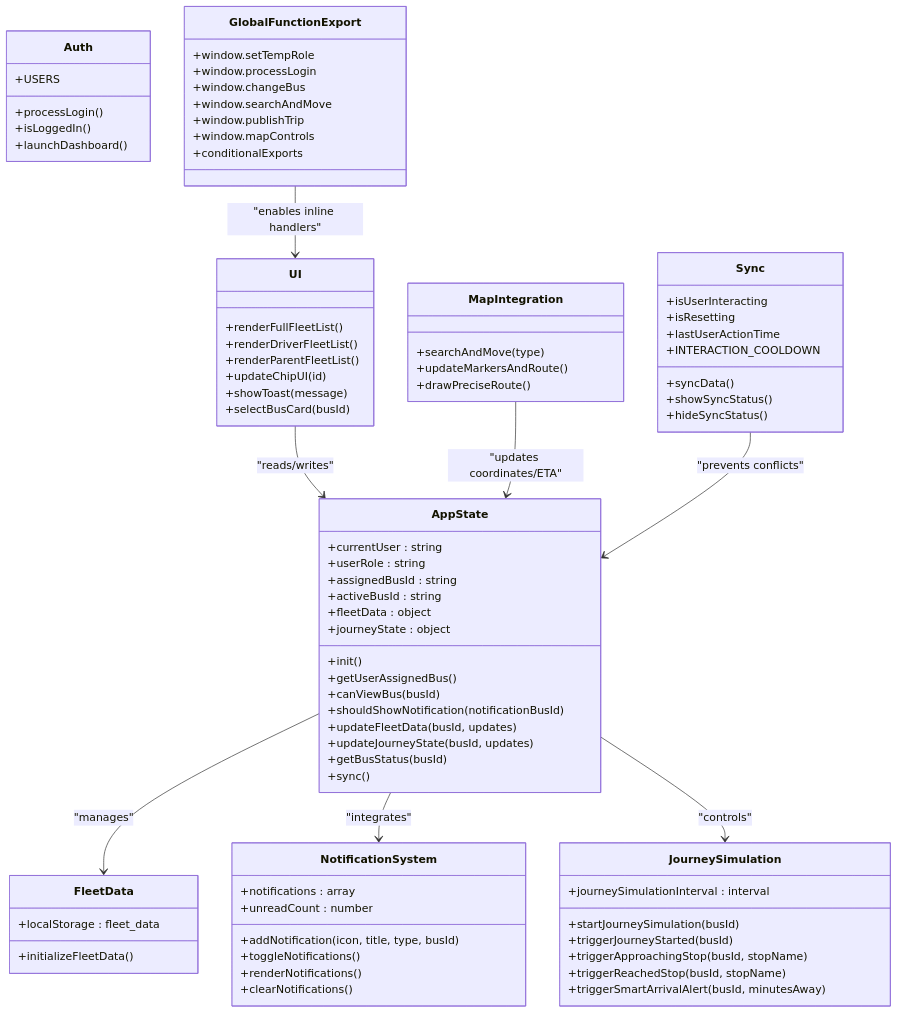
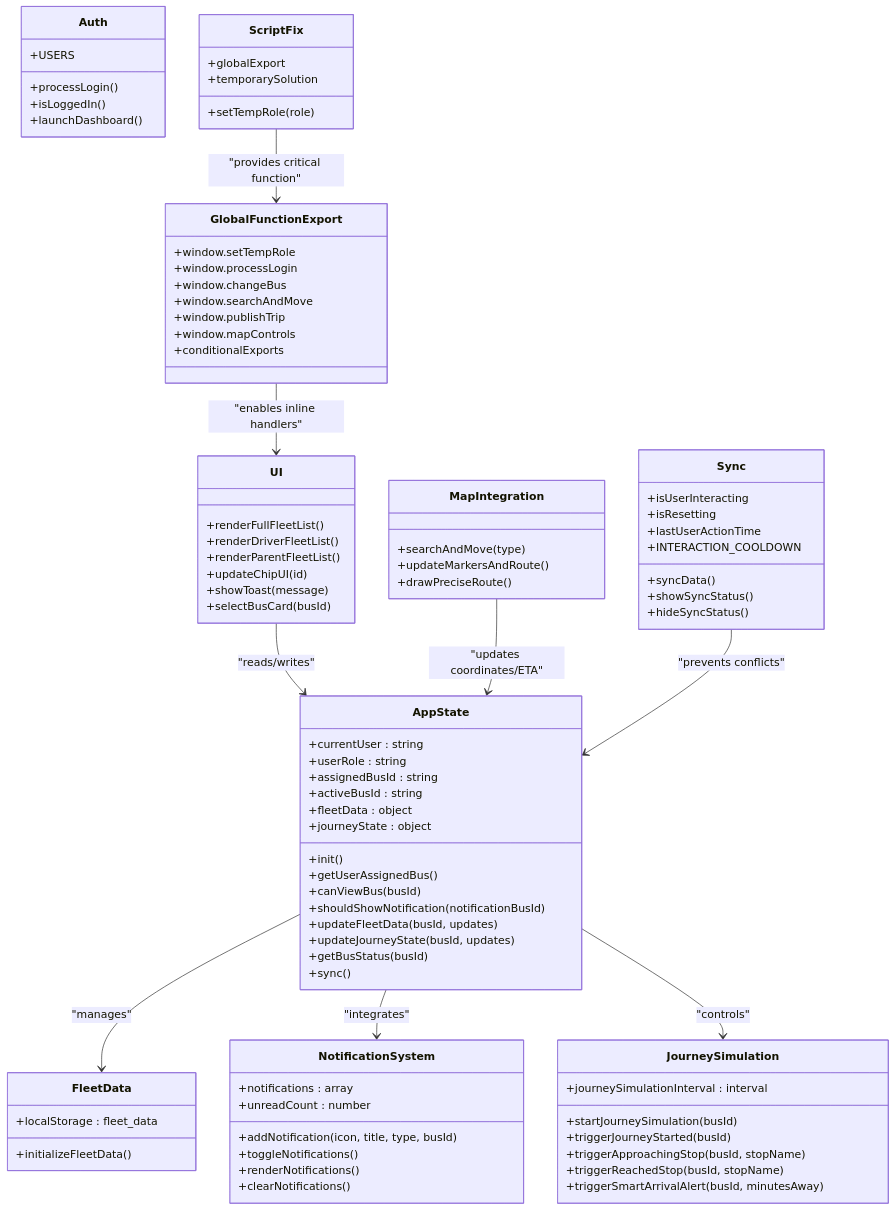
The third of 5 diagrams in .qoder/repowiki/en/content/Fleet Management Features.md (Rehanpatel3858/BusTrack-Pro), drawn with Mermaid before and after one commit. The commit also changed other lines of this file and 4 other files, not shown here.

````diff
--- a/.qoder/repowiki/en/content/Fleet Management Features.md
+++ b/.qoder/repowiki/en/content/Fleet Management Features.md
@@ -596,6 +597,11 @@
 +window.mapControls
 +conditionalExports
 }
+class ScriptFix {
++setTempRole(role)
++globalExport
++temporarySolution
+}
 AppState --> FleetData : "manages"
 AppState --> NotificationSystem : "integrates"
 AppState --> JourneySimulation : "controls"
@@ -603,4 +609,5 @@
 MapIntegration --> AppState : "updates coordinates/ETA"
 Sync --> AppState : "prevents conflicts"
 GlobalFunctionExport --> UI : "enables inline handlers"
+ScriptFix --> GlobalFunctionExport : "provides critical function"
 ```
````
